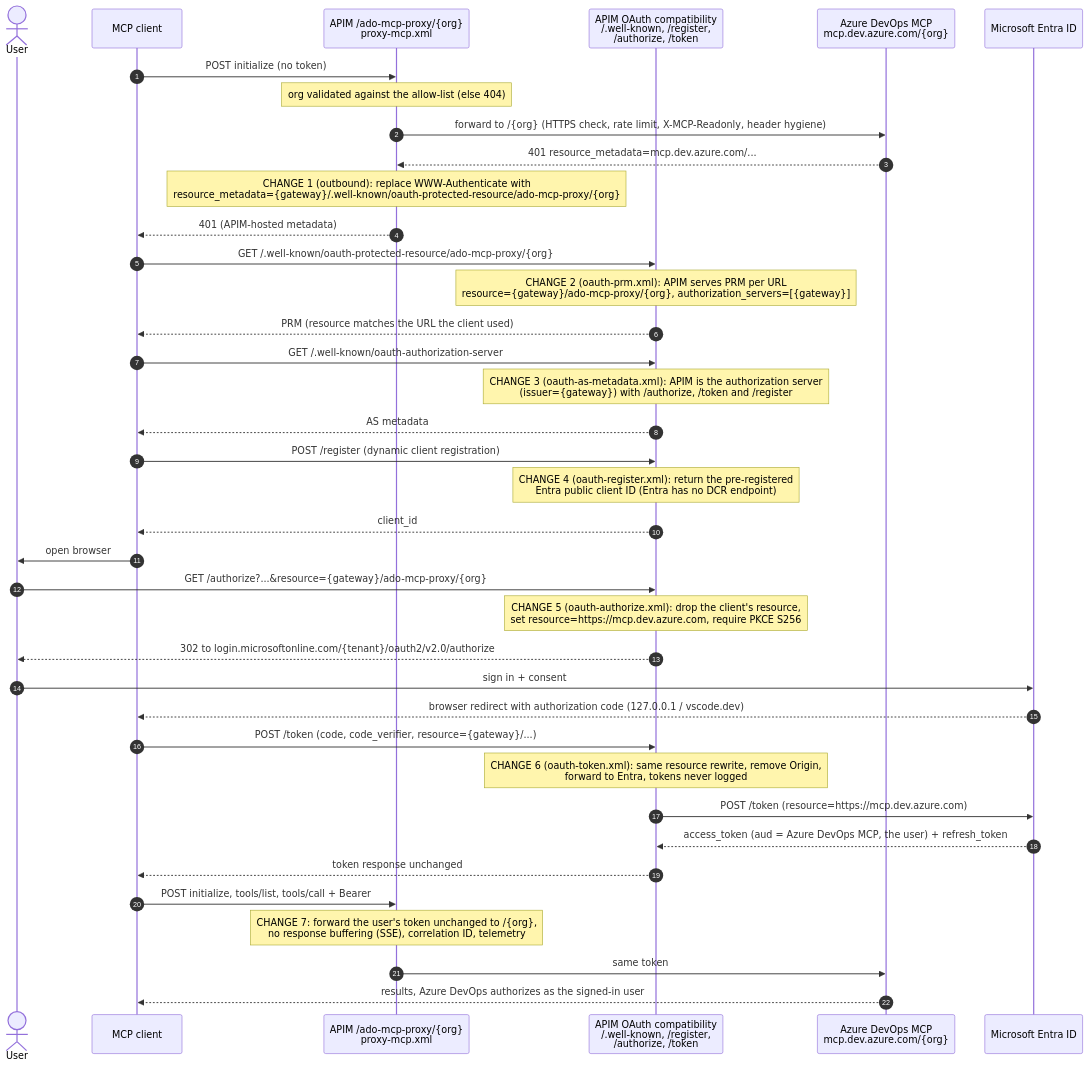
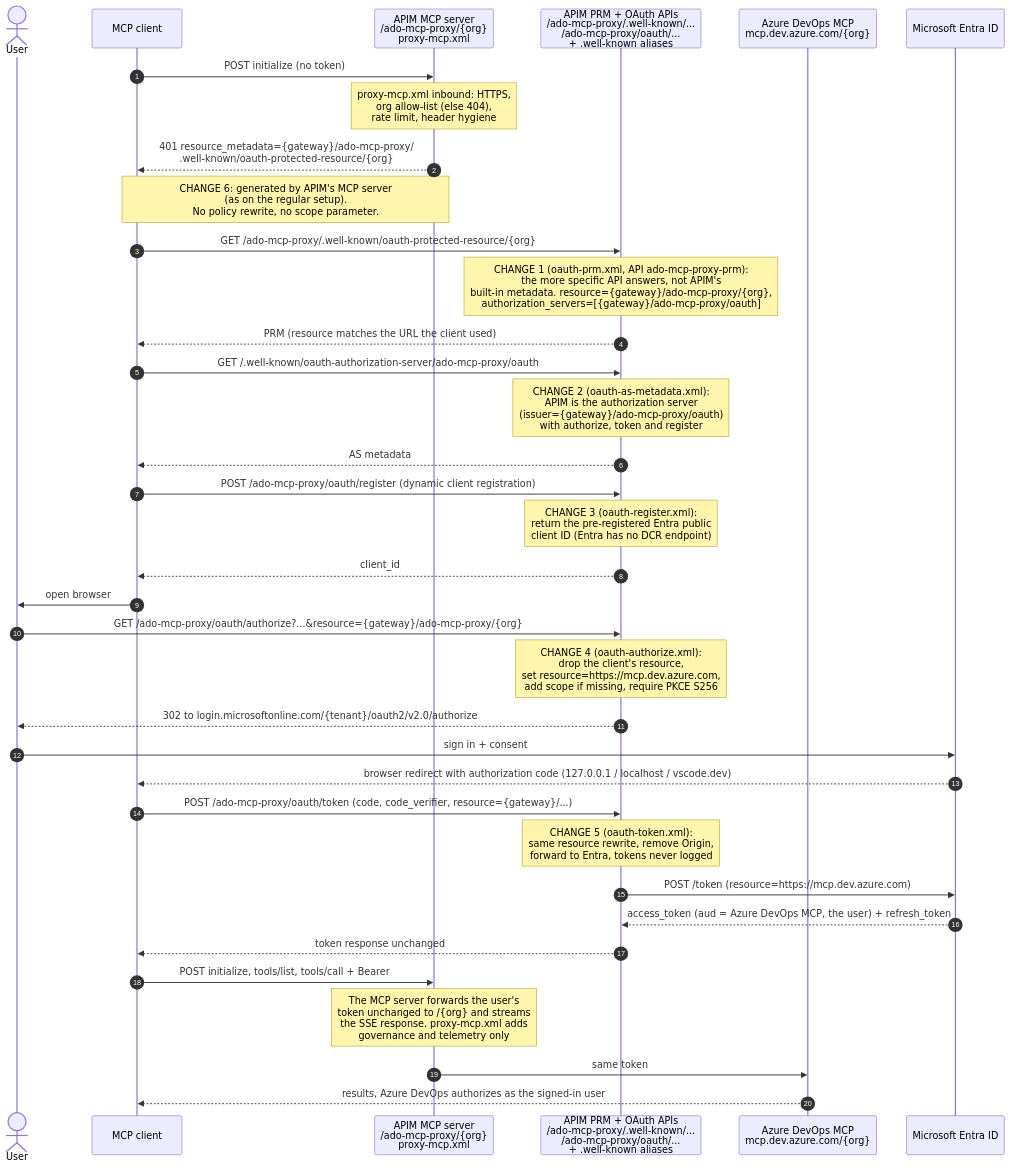
Before and after one commit to san360/azdevopsmcp: the diagram in docs/diagrams/02-working-setup-apim-policies.mmd, drawn with Mermaid. The commit also changed 49 other files, not shown here.

First line of the commit message:
Run the working setup as an APIM MCP server under its own path (#1)

```diff
--- a/docs/diagrams/02-working-setup-apim-policies.mmd
+++ b/docs/diagrams/02-working-setup-apim-policies.mmd
@@ -1,39 +1,37 @@
 sequenceDiagram
     autonumber
     actor U as User
     participant C as MCP client
-    participant P as APIM /ado-mcp-proxy/{org}<br/>proxy-mcp.xml
-    participant A as APIM OAuth compatibility<br/>/.well-known, /register,<br/>/authorize, /token
+    participant P as APIM MCP server<br/>/ado-mcp-proxy/{org}<br/>proxy-mcp.xml
+    participant A as APIM PRM + OAuth APIs<br/>/ado-mcp-proxy/.well-known/...<br/>/ado-mcp-proxy/oauth/...<br/>+ .well-known aliases
     participant O as Azure DevOps MCP<br/>mcp.dev.azure.com/{org}
     participant E as Microsoft Entra ID
 
     C->>P: POST initialize (no token)
-    Note over P: org validated against the allow-list (else 404)
-    P->>O: forward to /{org} (HTTPS check, rate limit, X-MCP-Readonly, header hygiene)
-    O-->>P: 401 resource_metadata=mcp.dev.azure.com/...
-    Note over P: CHANGE 1 (outbound): replace WWW-Authenticate with<br/>resource_metadata={gateway}/.well-known/oauth-protected-resource/ado-mcp-proxy/{org}
-    P-->>C: 401 (APIM-hosted metadata)
-    C->>A: GET /.well-known/oauth-protected-resource/ado-mcp-proxy/{org}
-    Note over A: CHANGE 2 (oauth-prm.xml): APIM serves PRM per URL<br/>resource={gateway}/ado-mcp-proxy/{org}, authorization_servers=[{gateway}]
+    Note over P: proxy-mcp.xml inbound: HTTPS,<br/>org allow-list (else 404),<br/>rate limit, header hygiene
+    P-->>C: 401 resource_metadata={gateway}/ado-mcp-proxy/<br/>.well-known/oauth-protected-resource/{org}
+    Note over C,P: CHANGE 6: generated by APIM's MCP server<br/>(as on the regular setup).<br/>No policy rewrite, no scope parameter.
+    C->>A: GET /ado-mcp-proxy/.well-known/oauth-protected-resource/{org}
+    Note over A: CHANGE 1 (oauth-prm.xml, API ado-mcp-proxy-prm):<br/>the more specific API answers, not APIM's<br/>built-in metadata. resource={gateway}/ado-mcp-proxy/{org},<br/>authorization_servers=[{gateway}/ado-mcp-proxy/oauth]
     A-->>C: PRM (resource matches the URL the client used)
-    C->>A: GET /.well-known/oauth-authorization-server
-    Note over A: CHANGE 3 (oauth-as-metadata.xml): APIM is the authorization server<br/>(issuer={gateway}) with /authorize, /token and /register
+    C->>A: GET /.well-known/oauth-authorization-server/ado-mcp-proxy/oauth
+    Note over A: CHANGE 2 (oauth-as-metadata.xml):<br/>APIM is the authorization server<br/>(issuer={gateway}/ado-mcp-proxy/oauth)<br/>with authorize, token and register
     A-->>C: AS metadata
-    C->>A: POST /register (dynamic client registration)
-    Note over A: CHANGE 4 (oauth-register.xml): return the pre-registered<br/>Entra public client ID (Entra has no DCR endpoint)
+    C->>A: POST /ado-mcp-proxy/oauth/register (dynamic client registration)
+    Note over A: CHANGE 3 (oauth-register.xml):<br/>return the pre-registered Entra public<br/>client ID (Entra has no DCR endpoint)
     A-->>C: client_id
     C->>U: open browser
-    U->>A: GET /authorize?...&resource={gateway}/ado-mcp-proxy/{org}
-    Note over A: CHANGE 5 (oauth-authorize.xml): drop the client's resource,<br/>set resource=https://mcp.dev.azure.com, require PKCE S256
+    U->>A: GET /ado-mcp-proxy/oauth/authorize?...&resource={gateway}/ado-mcp-proxy/{org}
+    Note over A: CHANGE 4 (oauth-authorize.xml):<br/>drop the client's resource,<br/>set resource=https://mcp.dev.azure.com,<br/>add scope if missing, require PKCE S256
     A-->>U: 302 to login.microsoftonline.com/{tenant}/oauth2/v2.0/authorize
     U->>E: sign in + consent
-    E-->>C: browser redirect with authorization code (127.0.0.1 / vscode.dev)
-    C->>A: POST /token (code, code_verifier, resource={gateway}/...)
-    Note over A: CHANGE 6 (oauth-token.xml): same resource rewrite, remove Origin,<br/>forward to Entra, tokens never logged
+    E-->>C: browser redirect with authorization code (127.0.0.1 / localhost / vscode.dev)
+    C->>A: POST /ado-mcp-proxy/oauth/token (code, code_verifier, resource={gateway}/...)
+    Note over A: CHANGE 5 (oauth-token.xml):<br/>same resource rewrite, remove Origin,<br/>forward to Entra, tokens never logged
     A->>E: POST /token (resource=https://mcp.dev.azure.com)
     E-->>A: access_token (aud = Azure DevOps MCP, the user) + refresh_token
     A-->>C: token response unchanged
     C->>P: POST initialize, tools/list, tools/call + Bearer
-    Note over P: CHANGE 7: forward the user's token unchanged to /{org},<br/>no response buffering (SSE), correlation ID, telemetry
+    Note over P: The MCP server forwards the user's<br/>token unchanged to /{org} and streams<br/>the SSE response. proxy-mcp.xml adds<br/>governance and telemetry only
     P->>O: same token
     O-->>C: results, Azure DevOps authorizes as the signed-in user
```
